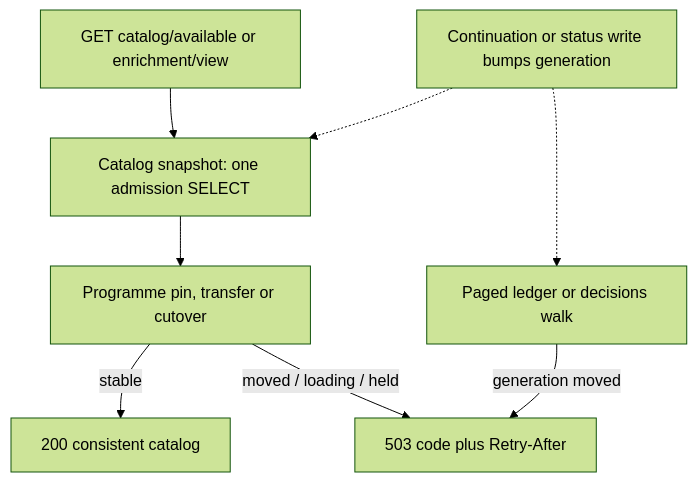
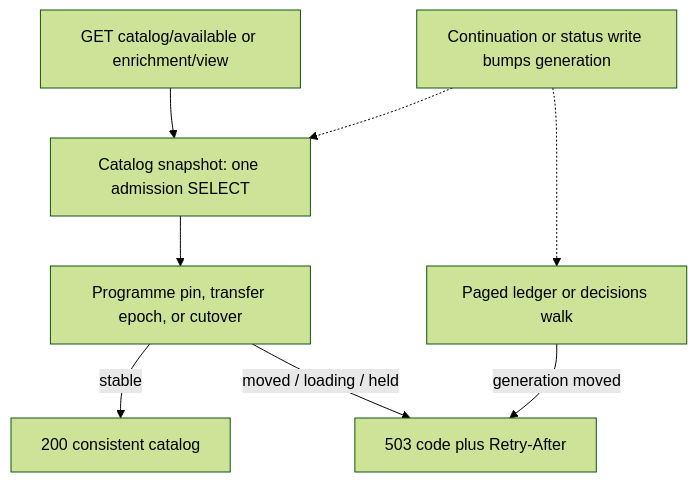
One commit to vladimino/iptv-watchlist changed the second of 2 diagrams in docs/architecture/observability-and-failures.md. Above: the diagram before and after it, drawn with Mermaid (forest theme). The commit also changed other lines of this file and 14 other files, not shown here.

First line of the commit message:
fix(AIR-493): transfer-epoch fence, held catalog, ADR 0147

````diff
--- a/docs/architecture/observability-and-failures.md
+++ b/docs/architecture/observability-and-failures.md
@@ -48,17 +48,17 @@
 ```mermaid
 flowchart TD
     userGet["GET catalog/available or enrichment/view"]
     snapshot["Catalog snapshot: one admission SELECT"]
     paged["Paged ledger or decisions walk"]
     genBump["Continuation or status write bumps generation"]
-    pin["Programme pin, transfer or cutover"]
+    pin["Programme pin, transfer epoch, or cutover"]
     ok["200 consistent catalog"]
     wait["503 code plus Retry-After"]
     userGet --> snapshot
     snapshot --> pin
     pin -->|stable| ok
     pin -->|moved / loading / held| wait
     genBump -.-> snapshot
     genBump -.-> paged
     paged -->|generation moved| wait
 ```
````
